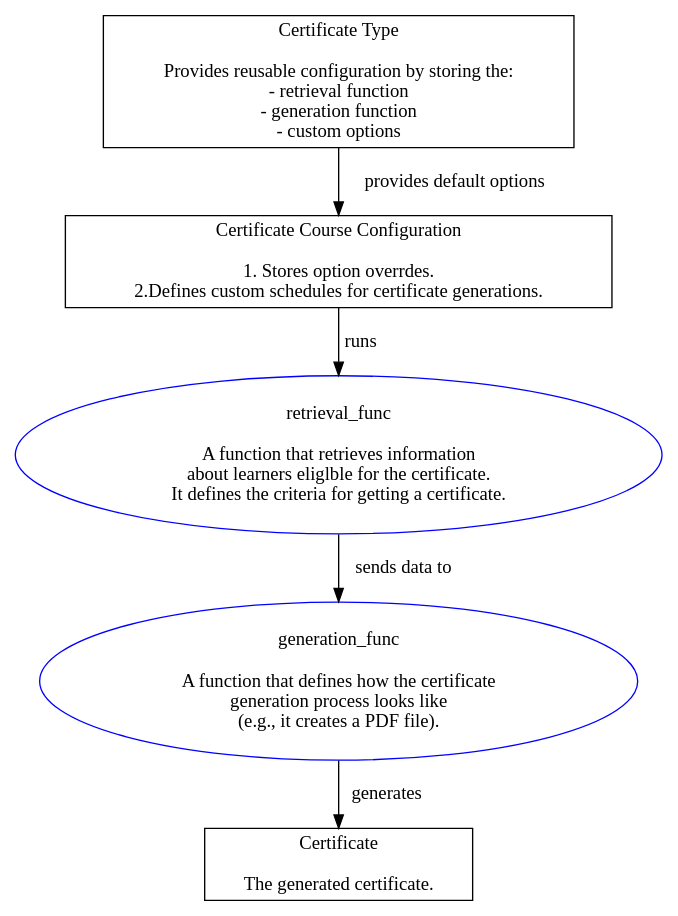
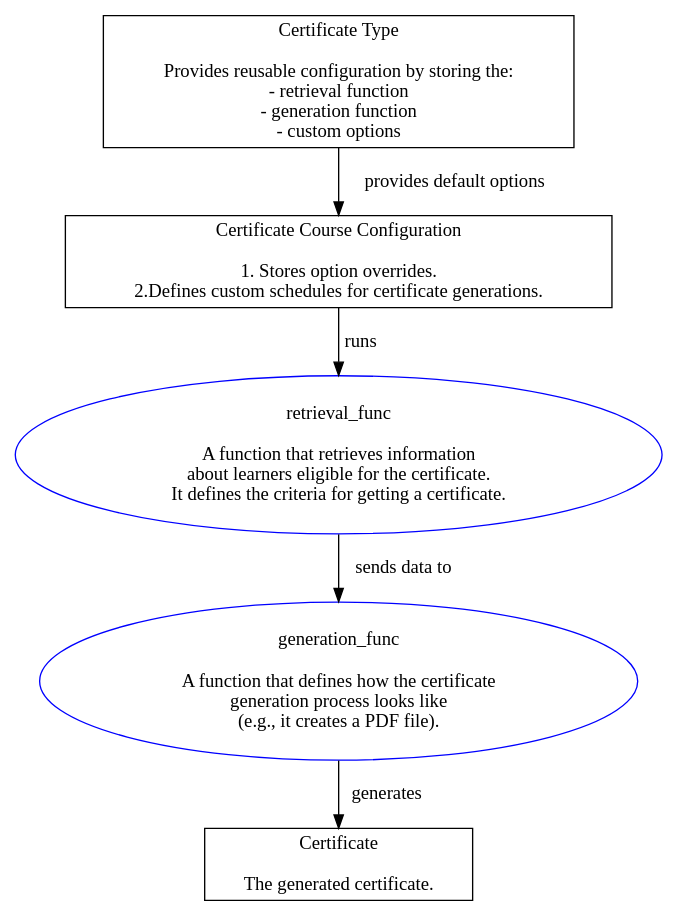
One commit to open-craft/openedx-certificates changed the diagram in docs/quickstarts/index.rst. Above: the diagram before and after it, drawn with Graphviz.

Commit message:
fixup! docs: add quickstart docs

```diff
--- a/docs/quickstarts/index.rst
+++ b/docs/quickstarts/index.rst
@@ -9,14 +9,14 @@
 .. graphviz::
 
     digraph G {
         CertificateType [shape=box, color="black", label="Certificate Type\n\nProvides reusable configuration by storing the:\n- retrieval function\n- generation function\n- custom options"]
-        CertificateCourseConfiguration [shape=box, color="black", label="Certificate Course Configuration\n\n1. Stores option overrdes.\n2.Defines custom schedules for certificate generations."]
-        RetrievalFunc [shape=ellipse, color="blue", label="retrieval_func\n\nA function that retrieves information\n about learners eliglble for the certificate.\nIt defines the criteria for getting a certificate."]
+        CertificateCourseConfiguration [shape=box, color="black", label="Certificate Course Configuration\n\n1. Stores option overrides.\n2.Defines custom schedules for certificate generations."]
+        RetrievalFunc [shape=ellipse, color="blue", label="retrieval_func\n\nA function that retrieves information\n about learners eligible for the certificate.\nIt defines the criteria for getting a certificate."]
         GenerationFunc [shape=ellipse, color="blue", label="generation_func\n\nA function that defines how the certificate\ngeneration process looks like\n(e.g., it creates a PDF file)."]
         Certificate [shape=box, color="black", label="Certificate\n\nThe generated certificate."]
 
         CertificateCourseConfiguration -> RetrievalFunc [label="runs"]
         RetrievalFunc -> GenerationFunc [label="sends data to"]
         CertificateType -> CertificateCourseConfiguration [label="provides default options"]
         GenerationFunc -> Certificate [label="generates"]
     }
```
